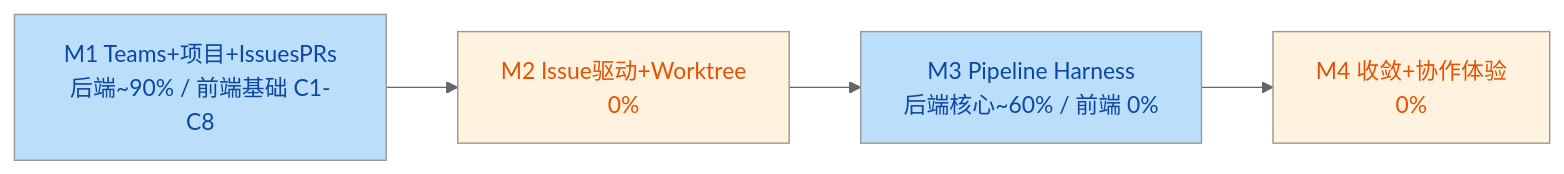
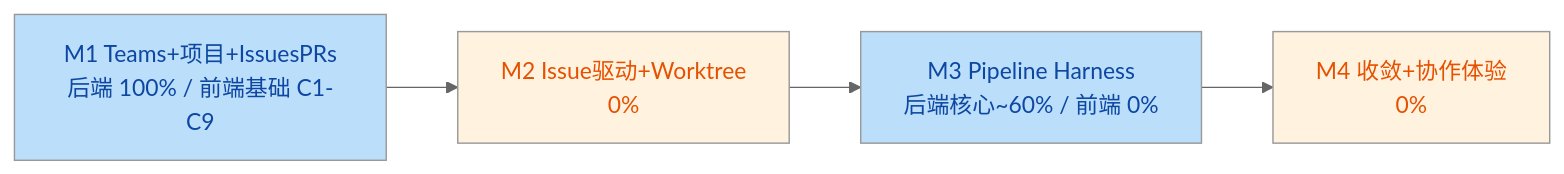
One commit to DarwinWDEWEN/rx-cli changed the diagram in docs/team-collaboration/PROGRESS.md. Above: the diagram before and after it, drawn with Mermaid (neutral theme). The commit also changed other lines of this file and 9 other files, not shown here.

````diff
--- a/docs/team-collaboration/PROGRESS.md
+++ b/docs/team-collaboration/PROGRESS.md
@@ -10,10 +10,10 @@
 ```mermaid
 flowchart LR
-    M1[M1 Teams+项目+IssuesPRs<br/>后端~90% / 前端基础 C1-C8] --> M2[M2 Issue驱动+Worktree<br/>0%]
+    M1[M1 Teams+项目+IssuesPRs<br/>后端 100% / 前端基础 C1-C9] --> M2[M2 Issue驱动+Worktree<br/>0%]
     M2 --> M3[M3 Pipeline Harness<br/>后端核心~60% / 前端 0%]
     M3 --> M4[M4 收敛+协作体验<br/>0%]
     style M1 fill:#bbdefb,color:#0d47a1
     style M2 fill:#fff3e0,color:#e65100
     style M3 fill:#bbdefb,color:#0d47a1
     style M4 fill:#fff3e0,color:#e65100
 ```
````
